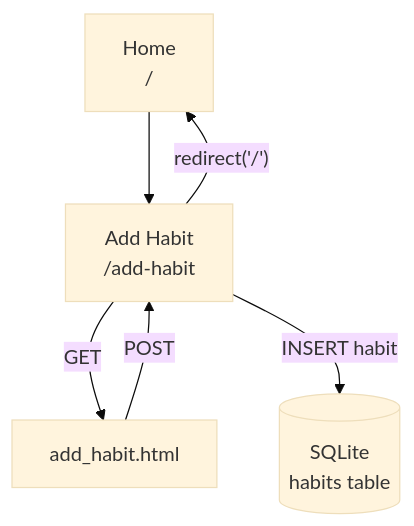
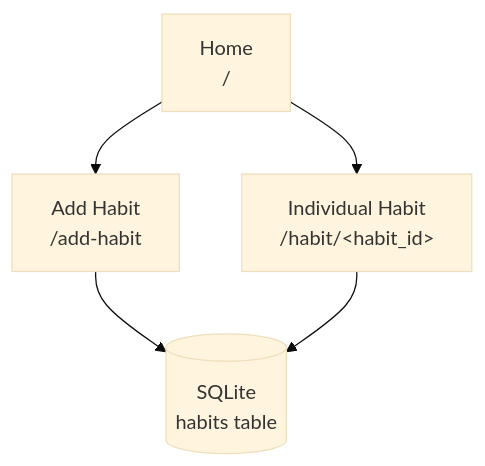
The diagram in SITEMAP.mmd (AmaanCoder786/DayGraph), drawn with Mermaid (base theme) before and after one commit. The commit also changed 3 other files, not shown here.

```diff
--- a/SITEMAP.mmd
+++ b/SITEMAP.mmd
@@ -1,17 +1,8 @@
 flowchart TD
-
     HOME["Home<br/>/"]
 
-    ADD["Add Habit<br/>/add-habit"]
+    HOME --> ADD["Add Habit<br/>/add-habit"]
+    HOME --> HABIT["Individual Habit<br/>/habit/&lt;habit_id&gt;"]
 
-    FORM["add_habit.html"]
-
-    DB[("SQLite<br/>habits table")]
-
-    HOME --> ADD
-
-    ADD -->|"GET"| FORM
-    FORM -->|"POST"| ADD
-
-    ADD -->|"INSERT habit"| DB
-    ADD -->|"redirect('/')"| HOME
+    ADD --> DB[("SQLite<br/>habits table")]
+    HABIT --> DB
```
